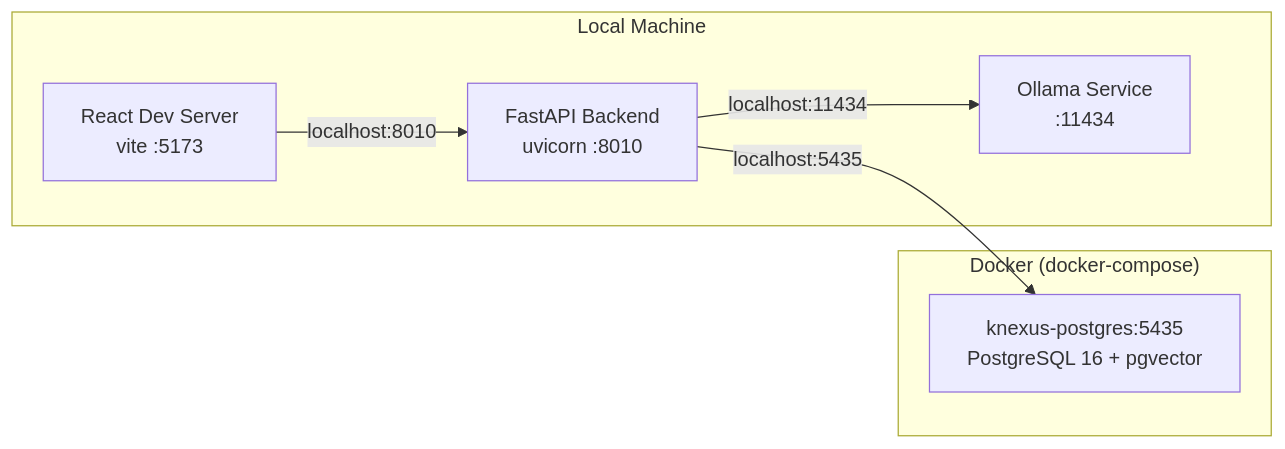
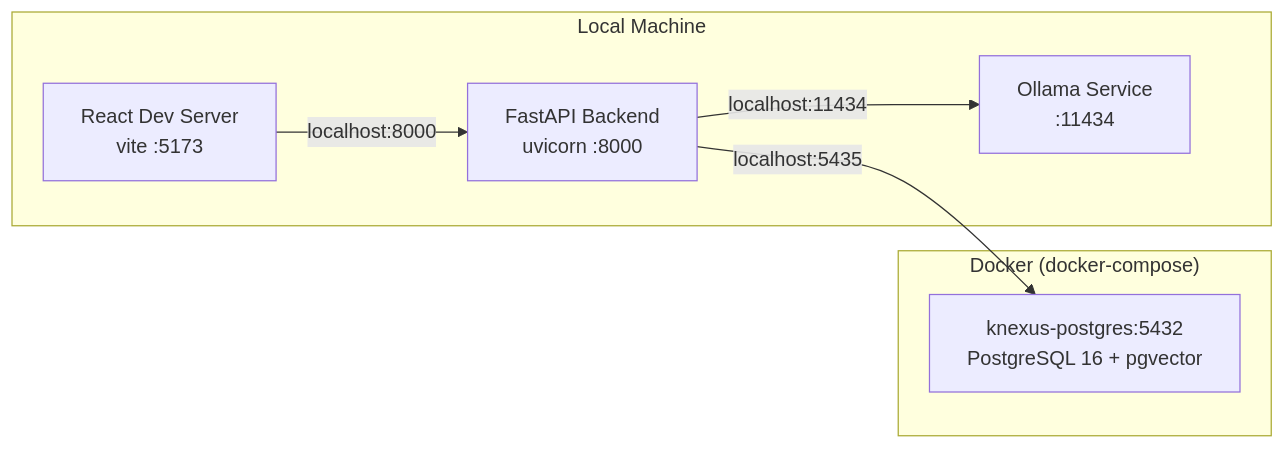
The sixth of 6 diagrams in docs/ARCHITECTURE.md (Hassan092-prog/KNEXUS), drawn with Mermaid before and after one commit. The commit also changed other lines of this file and 14 other files, not shown here.

Commit message:
docs: add comprehensive system architecture, API specifications, and project planning guides

````diff
--- a/docs/ARCHITECTURE.md
+++ b/docs/ARCHITECTURE.md
@@ -348,16 +357,16 @@
 ```mermaid
 graph LR
     subgraph Docker["Docker (docker-compose)"]
-        PG["knexus-postgres:5435\nPostgreSQL 16 + pgvector"]
+        PG["knexus-postgres:5432\nPostgreSQL 16 + pgvector"]
     end
 
     subgraph Local["Local Machine"]
-        BE["FastAPI Backend\nuvicorn :8010"]
+        BE["FastAPI Backend\nuvicorn :8000"]
         FE["React Dev Server\nvite :5173"]
         OLL["Ollama Service\n:11434"]
     end
 
-    FE -->|"localhost:8010"| BE
+    FE -->|"localhost:8000"| BE
     BE -->|"localhost:5435"| PG
     BE -->|"localhost:11434"| OLL
 ```
````
